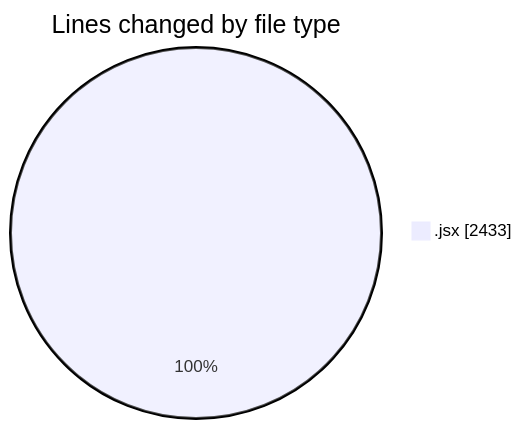
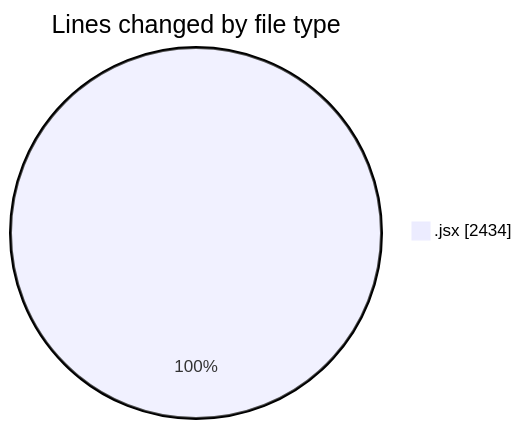
The first of 2 diagrams in 2026-01-06/nxtqube_webapp/README.md (nxtqubesakshisongat/code-tracking), drawn with Mermaid before and after one commit. The commit also changed other lines of this file and 1 other file, not shown here.

````diff
--- a/2026-01-06/nxtqube_webapp/README.md
+++ b/2026-01-06/nxtqube_webapp/README.md
@@ -21,5 +21,5 @@
 ```mermaid
 pie showData
 title Lines changed by file type
-".jsx" : 2433
+".jsx" : 2434
 ```
````
